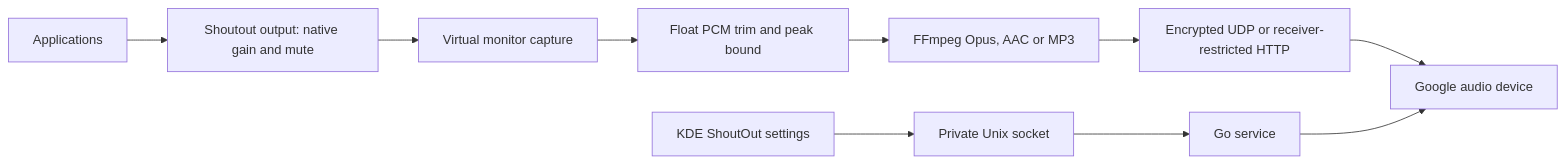
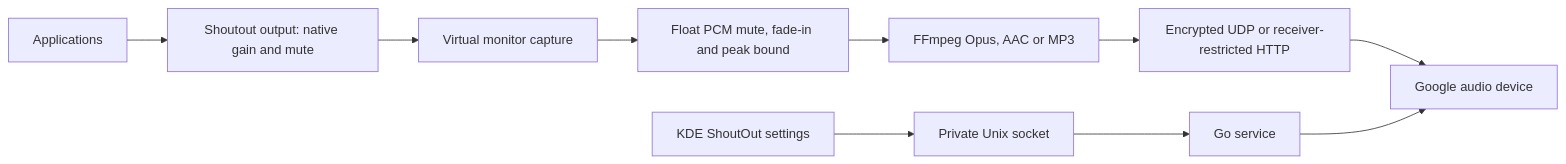
The diagram in docs/PLAN.md (MADS0LADEN/omashoutout), drawn with Mermaid before and after one commit. The commit also changed other lines of this file and 11 other files, not shown here.

````diff
--- a/docs/PLAN.md
+++ b/docs/PLAN.md
@@ -7,12 +7,12 @@
 ```mermaid
 flowchart LR
     Applications --> Sink[Shoutout output: native gain and mute]
     Sink --> Capture[Virtual monitor capture]
-    Capture --> PCM[Float PCM trim and peak bound]
+    Capture --> PCM[Float PCM mute, fade-in and peak bound]
     PCM --> Encoder[FFmpeg Opus, AAC or MP3]
     Encoder --> Transport[Encrypted UDP or receiver-restricted HTTP]
     Transport --> Receiver[Google audio device]
     Settings[KDE ShoutOut settings] --> IPC[Private Unix socket]
     IPC --> Service[Go service]
     Service --> Receiver
 ```
````
